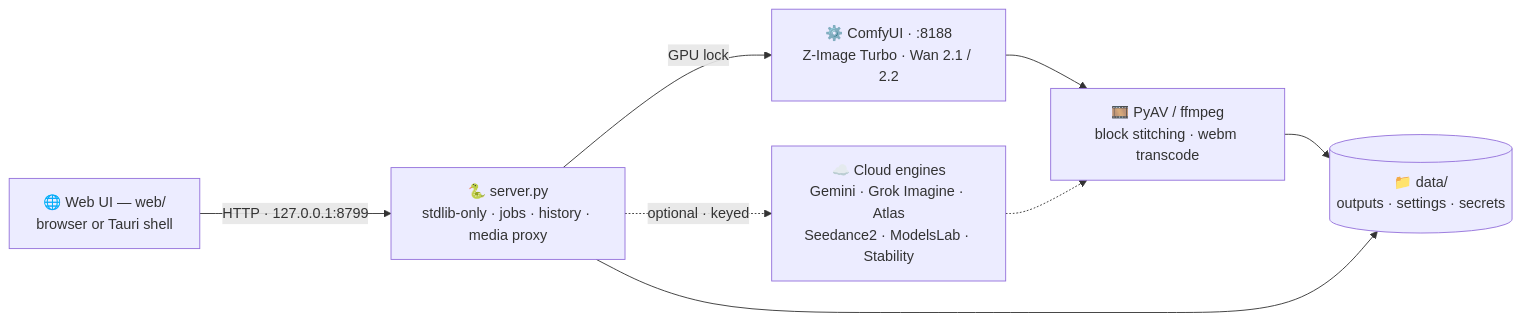
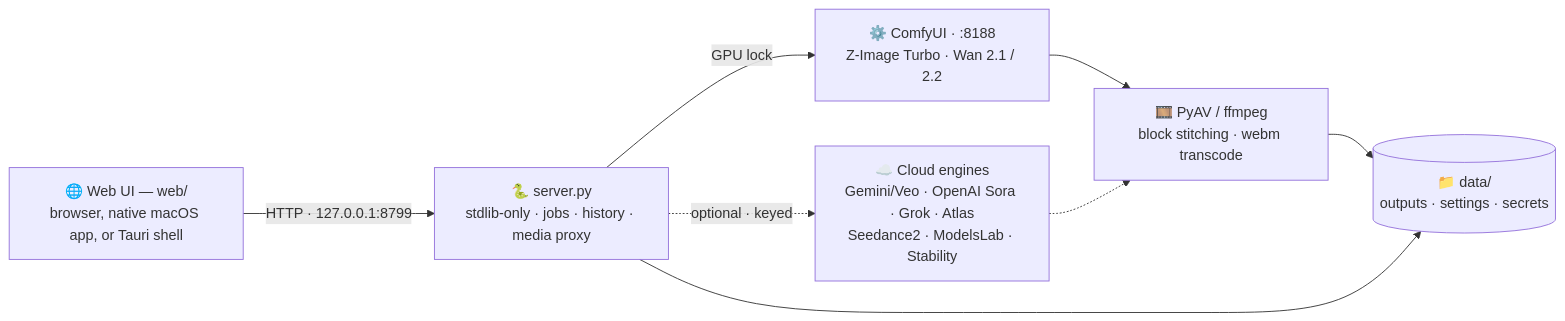
The diagram in README.md (pwintri2/ImagineAI), drawn with Mermaid before and after one commit. The commit also changed other lines of this file and 11 other files, not shown here.

Commit message:
Add macOS edition with Veo and Sora (#15)

````diff
--- a/README.md
+++ b/README.md
@@ -111,10 +126,10 @@
 ```mermaid
 flowchart LR
-    UI["🌐 Web UI — web/<br/>browser or Tauri shell"] -->|"HTTP · 127.0.0.1:8799"| SRV["🐍 server.py<br/>stdlib-only · jobs · history · media proxy"]
+    UI["🌐 Web UI — web/<br/>browser, native macOS app, or Tauri shell"] -->|"HTTP · 127.0.0.1:8799"| SRV["🐍 server.py<br/>stdlib-only · jobs · history · media proxy"]
     SRV -->|"GPU lock"| COMFY["⚙️ ComfyUI · :8188<br/>Z-Image Turbo · Wan 2.1 / 2.2"]
-    SRV -.->|"optional · keyed"| CLOUD["☁️ Cloud engines<br/>Gemini · Grok Imagine · Atlas<br/>Seedance2 · ModelsLab · Stability"]
+    SRV -.->|"optional · keyed"| CLOUD["☁️ Cloud engines<br/>Gemini/Veo · OpenAI Sora · Grok · Atlas<br/>Seedance2 · ModelsLab · Stability"]
     COMFY --> STITCH["🎞️ PyAV / ffmpeg<br/>block stitching · webm transcode"]
     CLOUD -.-> STITCH
     STITCH --> DATA[("📁 data/<br/>outputs · settings · secrets")]
     SRV --> DATA
 ```
````
